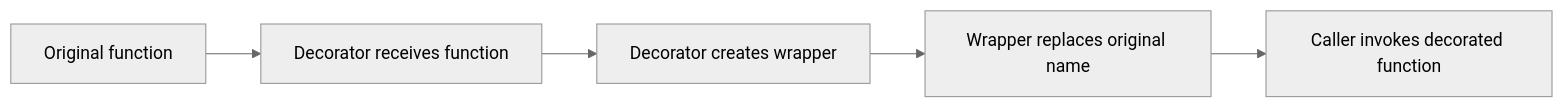
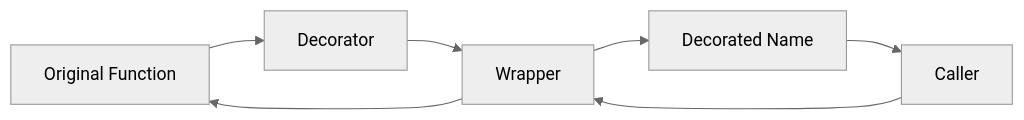
One commit to AvadhBhalodiya/Interview-Preparation changed the first of 3 diagrams in src/content/python/decorators.md. Above: the diagram before and after it, drawn with Mermaid (neutral theme). The commit also changed other lines of this file and 80 other files, not shown here.

````diff
--- a/src/content/python/decorators.md
+++ b/src/content/python/decorators.md
@@ -21,7 +24,9 @@
 ```mermaid
 flowchart LR
-    A[Original function] --> B[Decorator receives function]
-    B --> C[Decorator creates wrapper]
-    C --> D[Wrapper replaces original name]
-    D --> E[Caller invokes decorated function]
+    A[Original Function] --> B[Decorator]
+    B --> C[Wrapper]
+    C --> D[Decorated Name]
+    D --> E[Caller]
+    E --> C
+    C --> A
 ```
````
